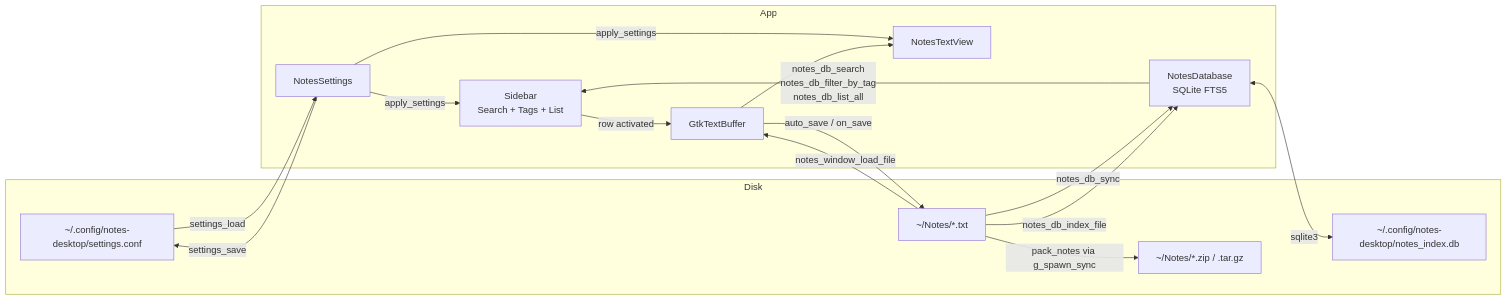
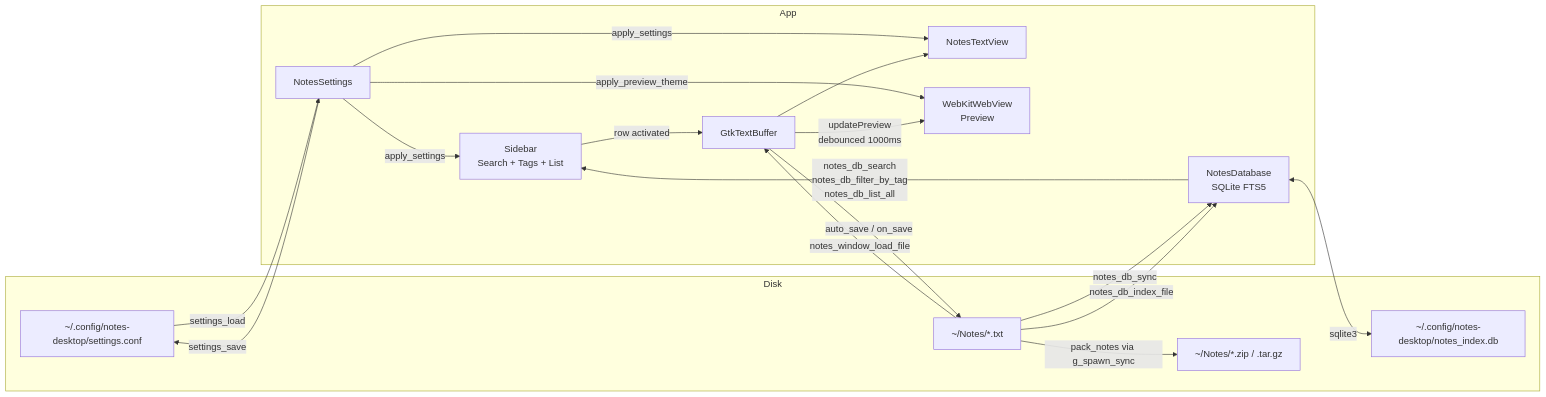
One commit to dkrse/notes-desktop changed the fourth of 7 diagrams in docs/diagrams.md. Above: the diagram before and after it, drawn with Mermaid. The commit also changed other lines of this file and 36 other files, not shown here.

````diff
--- a/docs/diagrams.md
+++ b/docs/diagrams.md
@@ -144,34 +151,37 @@
 ```mermaid
 flowchart LR
     subgraph Disk
         CF[~/.config/notes-desktop/settings.conf]
         DB[~/.config/notes-desktop/notes_index.db]
         NF[~/Notes/*.txt]
         AR[~/Notes/*.zip / .tar.gz]
     end
 
     subgraph App
         S[NotesSettings]
         IDX[NotesDatabase<br/>SQLite FTS5]
         B[GtkTextBuffer]
         TV[NotesTextView]
+        PV[WebKitWebView<br/>Preview]
         SB[Sidebar<br/>Search + Tags + List]
     end
 
     CF -->|settings_load| S
     S -->|settings_save| CF
 
     NF -->|notes_db_sync| IDX
     NF -->|notes_window_load_file| B
     B -->|auto_save / on_save| NF
     NF -->|notes_db_index_file| IDX
     NF -->|pack_notes via g_spawn_sync| AR
 
     IDX -->|notes_db_search<br/>notes_db_filter_by_tag<br/>notes_db_list_all| SB
     IDX <-->|sqlite3| DB
 
     S -->|apply_settings| TV
     S -->|apply_settings| SB
+    S -->|apply_preview_theme| PV
     B --> TV
+    B -->|updatePreview<br/>debounced 1000ms| PV
     SB -->|row activated| B
 ```
````
